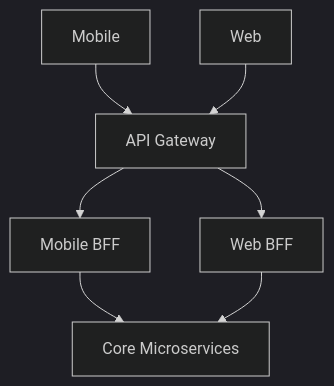
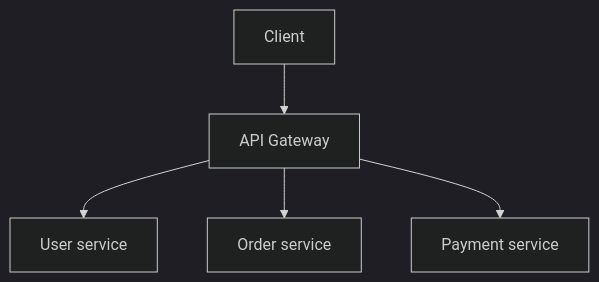
Diagram 12 of 33 in 07-api-design/README.md (hareramcse/SystemDesign), drawn with Mermaid (dark theme) before and after one commit. The commit also changed other lines of this file, not shown here.

````diff
--- a/07-api-design/README.md
+++ b/07-api-design/README.md
@@ -576,9 +1071,7 @@
 ```mermaid
 flowchart TB
-    Mobile --> GW[API Gateway]
-    Web --> GW
-    GW --> MobileBFF[Mobile BFF]
-    GW --> WebBFF[Web BFF]
-    MobileBFF --> Core[Core Microservices]
-    WebBFF --> Core
+    C[Client] --> GW[API Gateway]
+    GW --> US[User service]
+    GW --> OS[Order service]
+    GW --> PS[Payment service]
 ```
````
